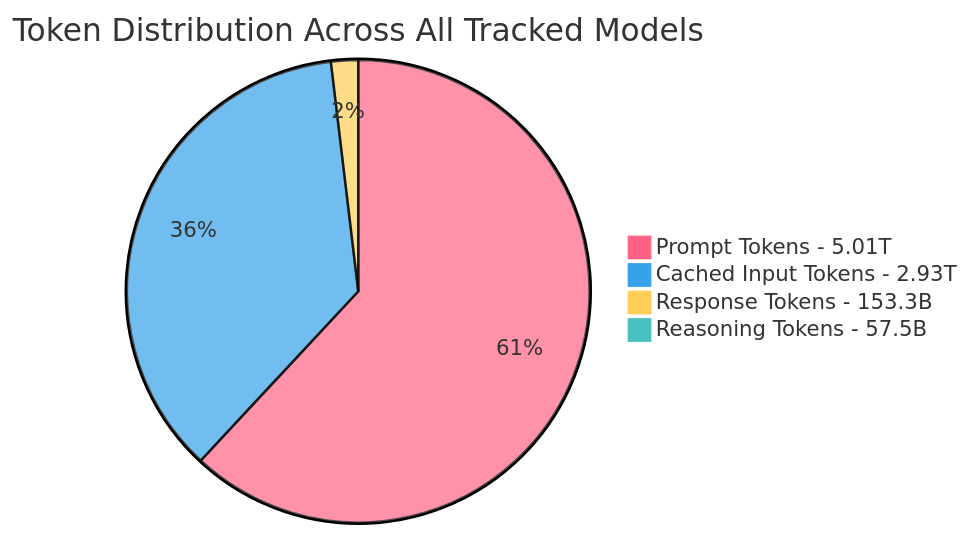
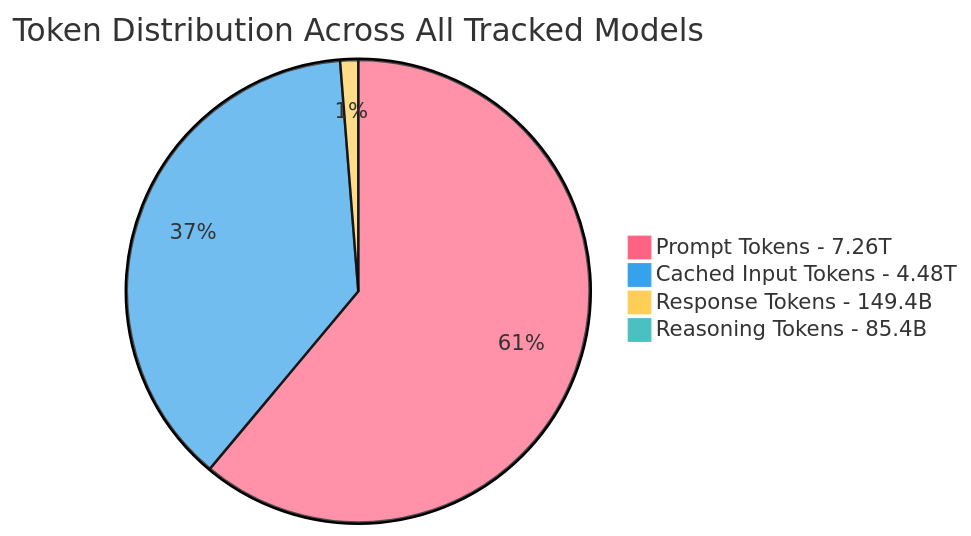
One commit to johnbean393/openrouter-inference-stats changed the fourth of 4 diagrams in README.md. Above: the diagram before and after it, drawn with Mermaid. The commit also changed other lines of this file and 1 other file, not shown here.

````diff
--- a/README.md
+++ b/README.md
@@ -55,9 +55,9 @@
 ```mermaid
 %%{init: {'theme': 'base', 'themeVariables': {'pie1': '#FF6384', 'pie2': '#36A2EB', 'pie3': '#FFCE56', 'pie4': '#4BC0C0', 'pie5': '#9966FF', 'pie6': '#FF9F40', 'pie7': '#2ECC71', 'pie8': '#FF66B2', 'pie9': '#00CCFF', 'pie10': '#E74C3C', 'pie11': '#F39C12', 'pie12': '#1ABC9C'}}}%%
 pie
     title Token Distribution Across All Tracked Models
-    "Prompt Tokens - 5.01T" : 5012564648034
-    "Cached Input Tokens - 2.93T" : 2928357241567
-    "Response Tokens - 153.3B" : 153263265838
-    "Reasoning Tokens - 57.5B" : 57505324896
+    "Prompt Tokens - 7.26T" : 7259547764772
+    "Cached Input Tokens - 4.48T" : 4476085532789
+    "Response Tokens - 149.4B" : 149443376474
+    "Reasoning Tokens - 85.4B" : 85448155768
 ```
````
